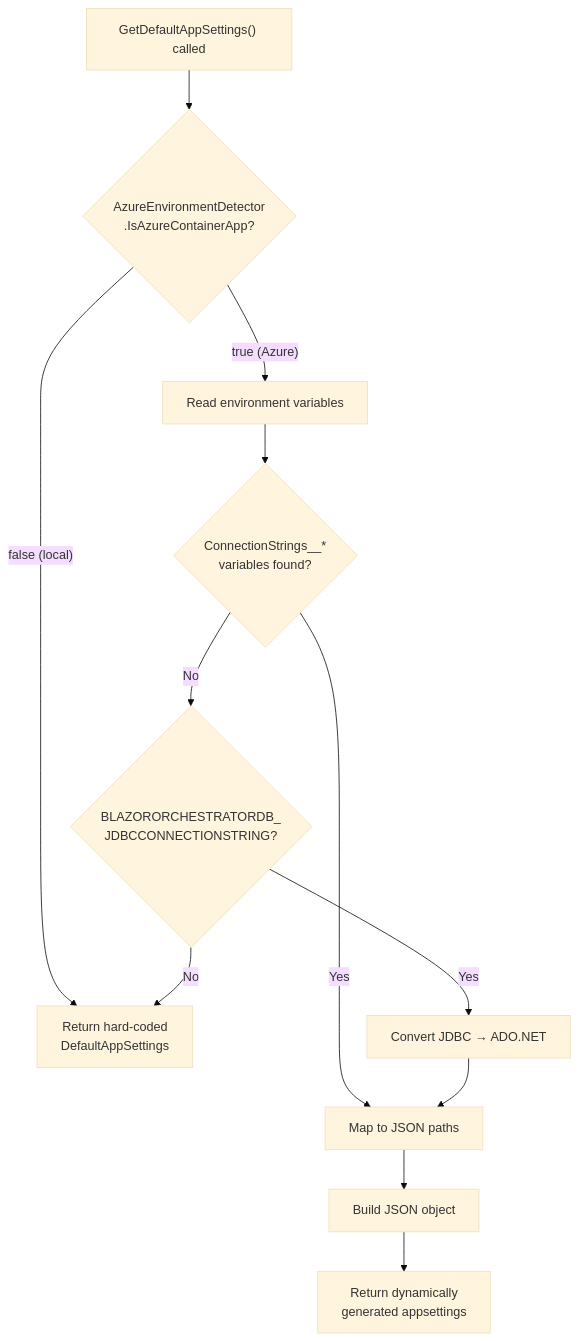
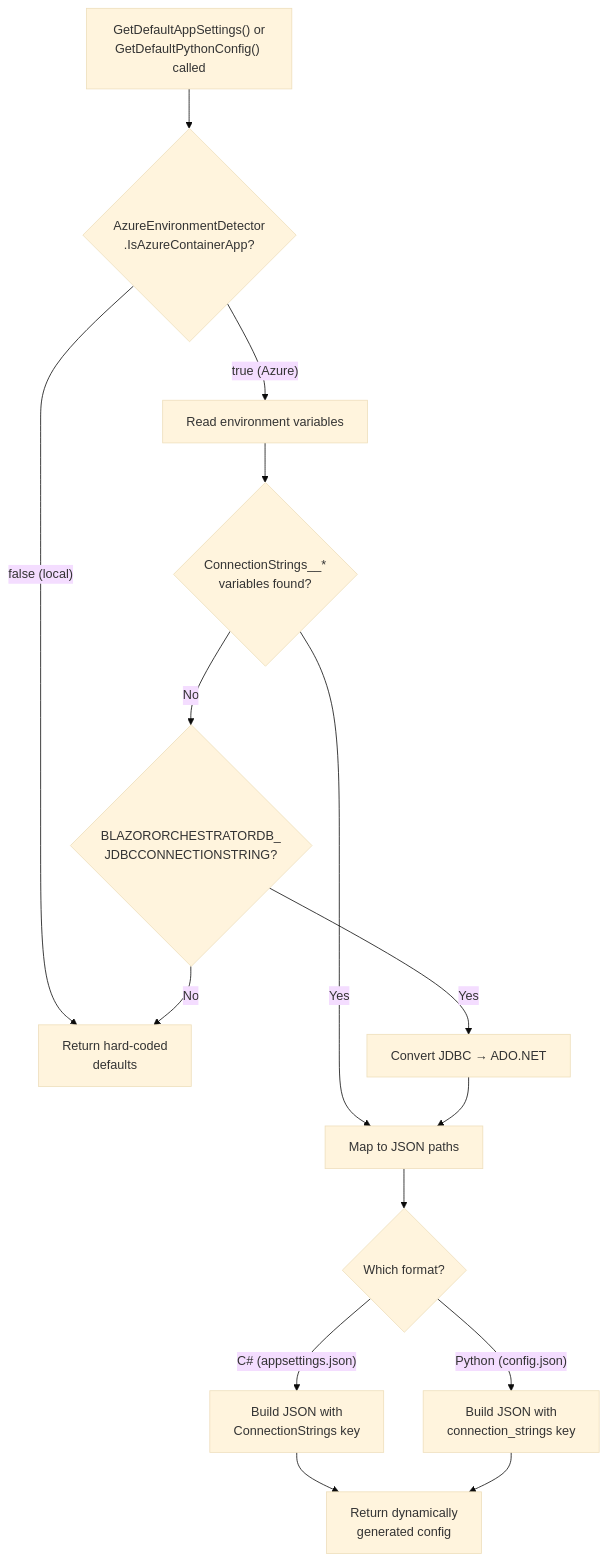
The fourth of 9 diagrams in docs/AzureContainerAppsRuntimeFixesPlan.md (Blazor-Data-Orchestrator/BlazorDataOrchestrator), drawn with Mermaid (base theme) before and after one commit. The commit also changed other lines of this file, not shown here.

First line of the commit message:
Expand Azure config plan to support Python jobs

````diff
--- a/docs/AzureContainerAppsRuntimeFixesPlan.md
+++ b/docs/AzureContainerAppsRuntimeFixesPlan.md
@@ -348,14 +362,17 @@
 ```mermaid
 flowchart TD
-    A["GetDefaultAppSettings() called"] --> B{"AzureEnvironmentDetector<br/>.IsAzureContainerApp?"}
-    B -- "false (local)" --> C["Return hard-coded<br/>DefaultAppSettings"]
+    A["GetDefaultAppSettings() or<br/>GetDefaultPythonConfig() called"] --> B{"AzureEnvironmentDetector<br/>.IsAzureContainerApp?"}
+    B -- "false (local)" --> C["Return hard-coded<br/>defaults"]
     B -- "true (Azure)" --> D["Read environment variables"]
     D --> E{"ConnectionStrings__*<br/>variables found?"}
     E -- Yes --> F["Map to JSON paths"]
     E -- No --> G{"BLAZORORCHESTRATORDB_<br/>JDBCCONNECTIONSTRING?"}
     G -- Yes --> H["Convert JDBC → ADO.NET"]
     H --> F
     G -- No --> C
-    F --> I["Build JSON object"]
-    I --> J["Return dynamically<br/>generated appsettings"]
+    F --> I{"Which format?"}
+    I -- "C# (appsettings.json)" --> J["Build JSON with<br/>ConnectionStrings key"]
+    I -- "Python (config.json)" --> K["Build JSON with<br/>connection_strings key"]
+    J --> L["Return dynamically<br/>generated config"]
+    K --> L
 ```
````
